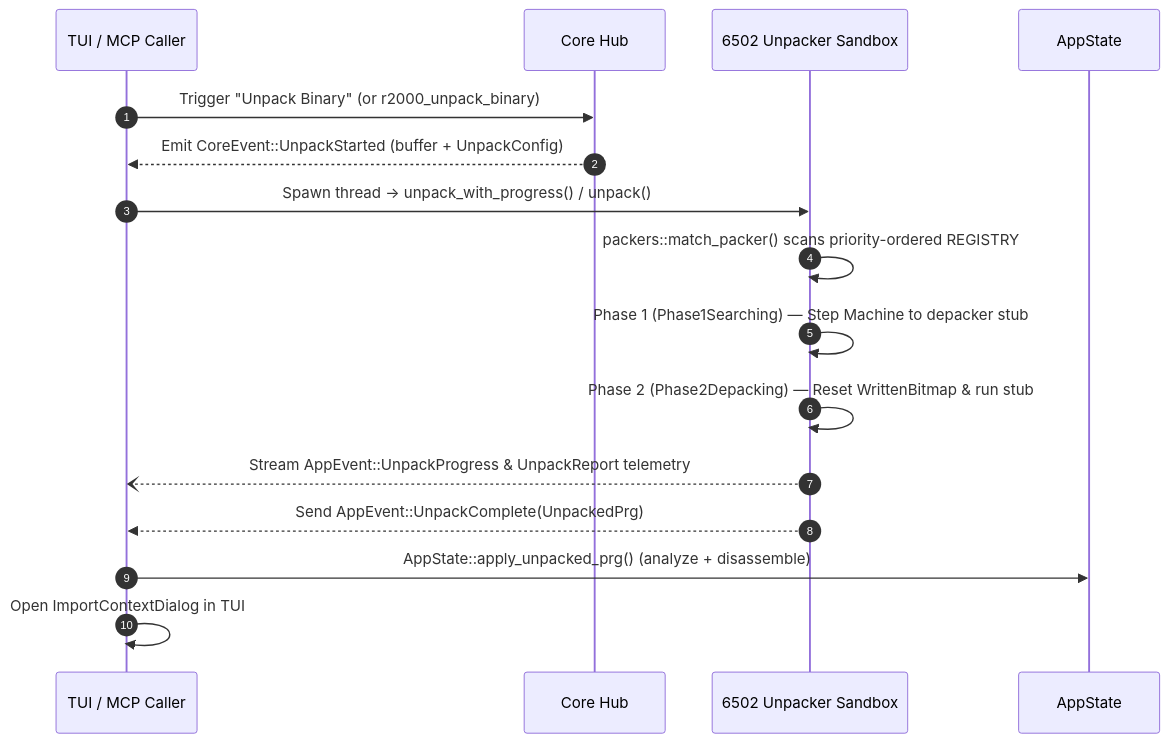
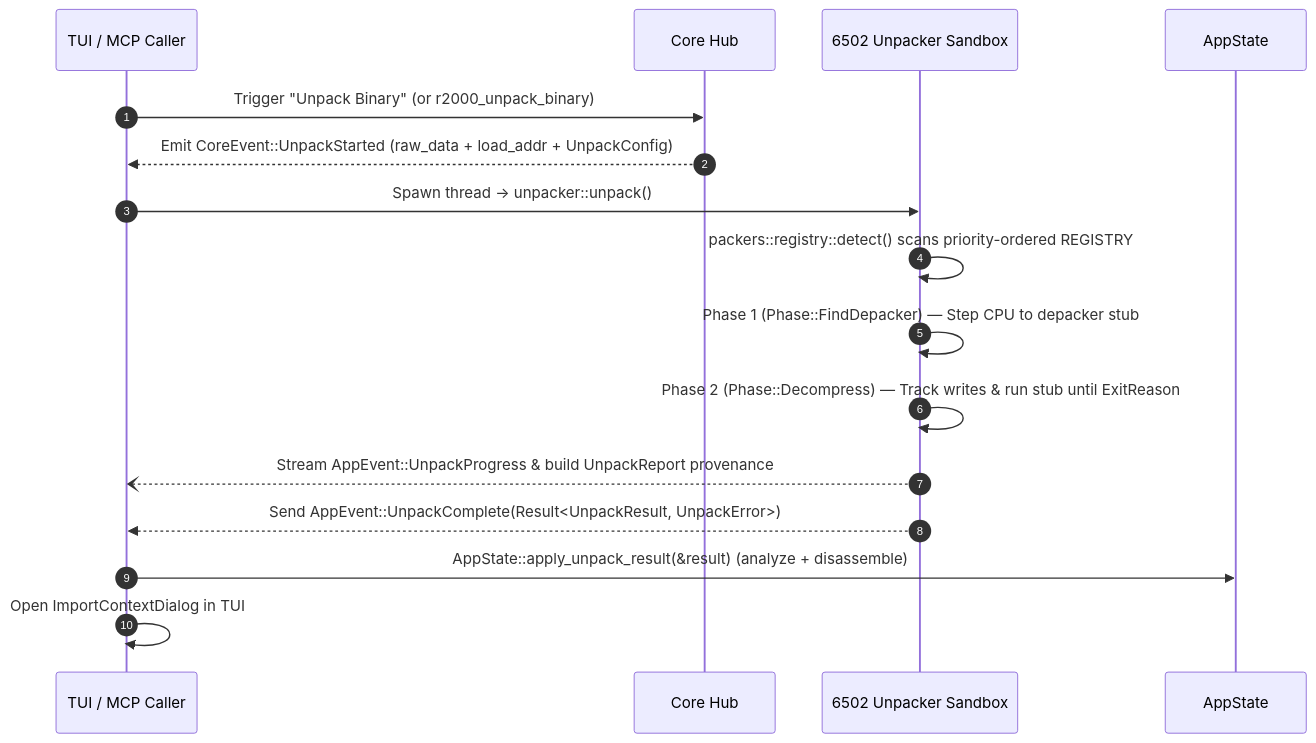
Before and after one commit to ricardoquesada/regenerator2000: the tenth of 11 diagrams in docs/architecture.md, drawn with Mermaid. The commit also changed other lines of this file and 10 other files, not shown here.

````diff
--- a/docs/architecture.md
+++ b/docs/architecture.md
@@ -605,19 +615,19 @@
 ```mermaid
 sequenceDiagram
     autonumber
     participant Caller as TUI / MCP Caller
     participant Core as Core Hub
     participant Sandbox as 6502 Unpacker Sandbox
     participant State as AppState
 
     Caller->>Core: Trigger "Unpack Binary" (or r2000_unpack_binary)
-    Core-->>Caller: Emit CoreEvent::UnpackStarted (buffer + UnpackConfig)
-    Caller->>Sandbox: Spawn thread → unpack_with_progress() / unpack()
-    Sandbox->>Sandbox: packers::match_packer() scans priority-ordered REGISTRY
-    Sandbox->>Sandbox: Phase 1 (Phase1Searching) — Step Machine to depacker stub
-    Sandbox->>Sandbox: Phase 2 (Phase2Depacking) — Reset WrittenBitmap & run stub
-    Sandbox--)Caller: Stream AppEvent::UnpackProgress & UnpackReport telemetry
-    Sandbox-->>Caller: Send AppEvent::UnpackComplete(UnpackedPrg)
-    Caller->>State: AppState::apply_unpacked_prg() (analyze + disassemble)
+    Core-->>Caller: Emit CoreEvent::UnpackStarted (raw_data + load_addr + UnpackConfig)
+    Caller->>Sandbox: Spawn thread → unpacker::unpack()
+    Sandbox->>Sandbox: packers::registry::detect() scans priority-ordered REGISTRY
+    Sandbox->>Sandbox: Phase 1 (Phase::FindDepacker) — Step CPU to depacker stub
+    Sandbox->>Sandbox: Phase 2 (Phase::Decompress) — Track writes & run stub until ExitReason
+    Sandbox--)Caller: Stream AppEvent::UnpackProgress & build UnpackReport provenance
+    Sandbox-->>Caller: Send AppEvent::UnpackComplete(Result<UnpackResult, UnpackError>)
+    Caller->>State: AppState::apply_unpack_result(&result) (analyze + disassemble)
     Caller->>Caller: Open ImportContextDialog in TUI
 ```
````
